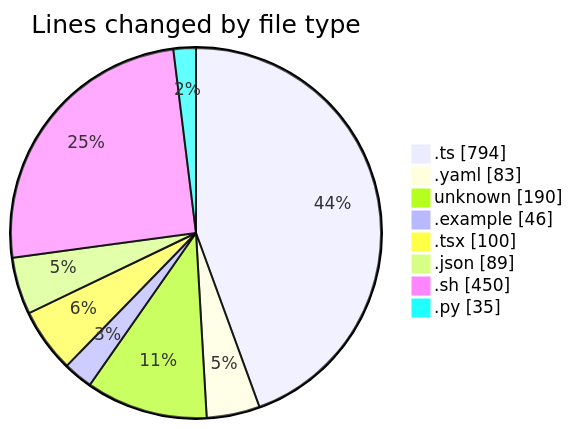
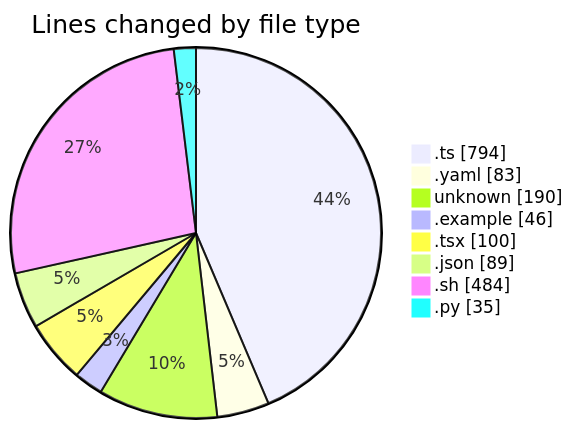
The first of 2 diagrams in 2025-10-01/open-health/README.md (mevix1/code-tracking), drawn with Mermaid before and after one commit. The commit also changed other lines of this file and 1 other file, not shown here.

````diff
--- a/2025-10-01/open-health/README.md
+++ b/2025-10-01/open-health/README.md
@@ -45,12 +46,12 @@
 ```mermaid
 pie showData
 title Lines changed by file type
 ".ts" : 794
 ".yaml" : 83
 "unknown" : 190
 ".example" : 46
 ".tsx" : 100
 ".json" : 89
-".sh" : 450
+".sh" : 484
 ".py" : 35
 ```
````
